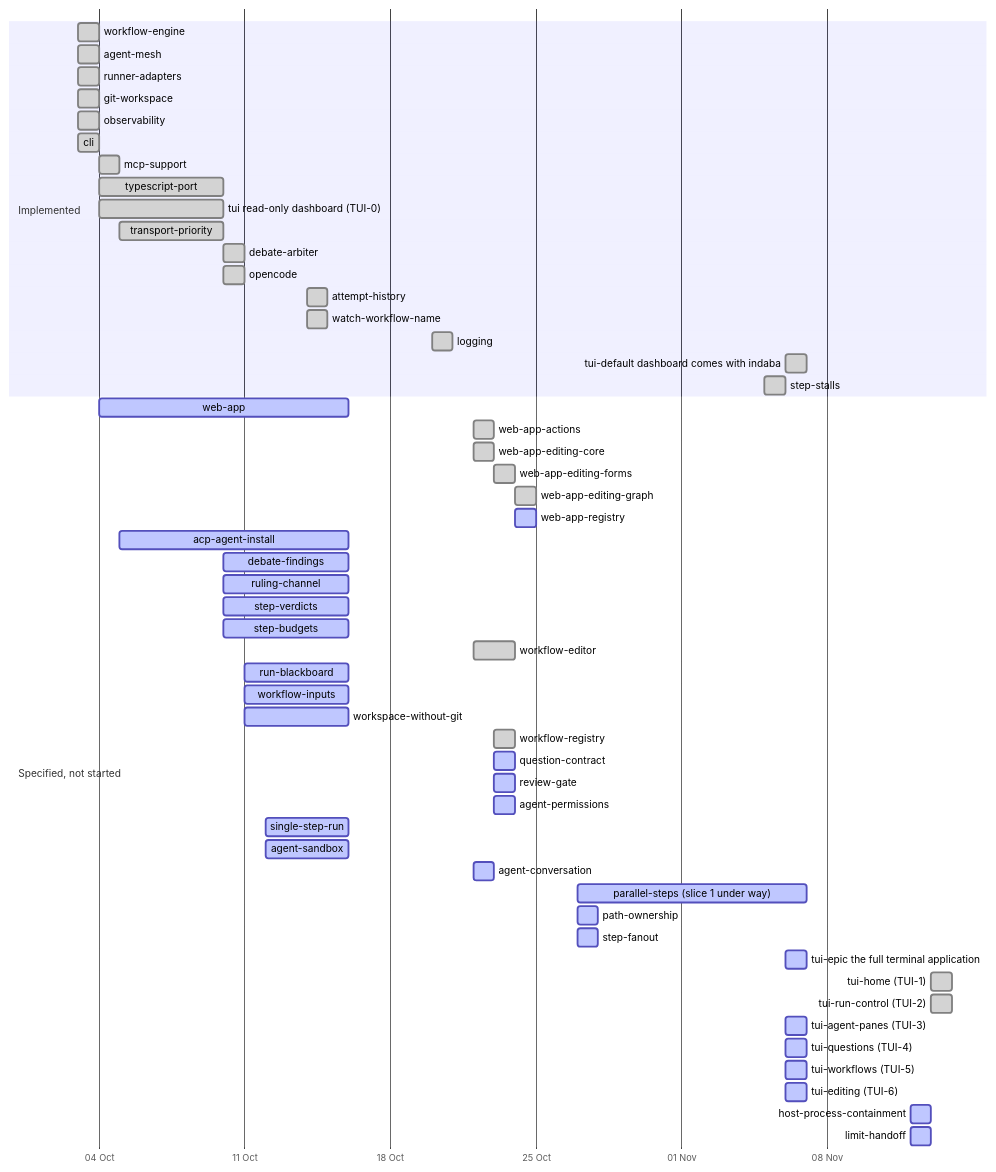
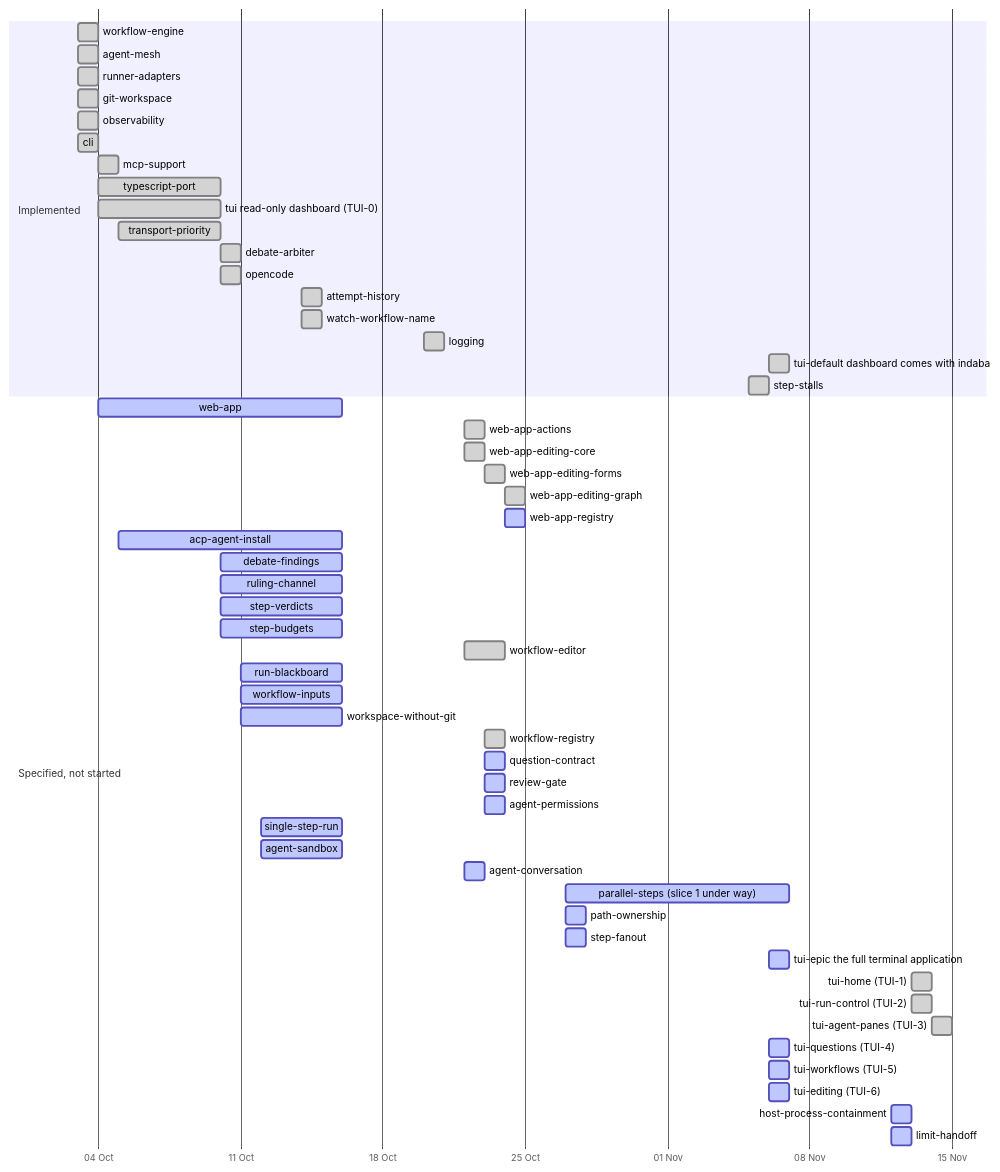
Before and after one commit to yaotzin1/indaba: the second of 3 diagrams in specs/DEPENDENCY_MAP.md, drawn with Mermaid. The commit also changed other lines of this file and 20 other files, not shown here.

First line of the commit message:
feat(tui): reasoning view, a pane per running step, and enlarge (tui-agent-panes, slice 3a, TUI-3) (#143)

````diff
--- a/specs/DEPENDENCY_MAP.md
+++ b/specs/DEPENDENCY_MAP.md
@@ -71,58 +71,58 @@
 ```mermaid
 gantt
     dateFormat YYYY-MM-DD
     axisFormat %d %b
     section Implemented
     workflow-engine        :done, 2026-10-03, 2026-10-04
     agent-mesh             :done, 2026-10-03, 2026-10-04
     runner-adapters        :done, 2026-10-03, 2026-10-04
     git-workspace          :done, 2026-10-03, 2026-10-04
     observability          :done, 2026-10-03, 2026-10-04
     cli                    :done, 2026-10-03, 2026-10-04
     mcp-support            :done, 2026-10-04, 1d
     typescript-port        :done, 2026-10-04, 2026-10-10
     tui read-only dashboard (TUI-0) :done, 2026-10-04, 2026-10-10
     transport-priority     :done, 2026-10-05, 2026-10-10
     debate-arbiter         :done, 2026-10-10, 1d
     opencode               :done, 2026-10-10, 1d
     attempt-history        :done, 2026-10-14, 1d
     watch-workflow-name    :done, 2026-10-14, 1d
     logging                :done, 2026-10-20, 2026-10-21
     tui-default dashboard comes with indaba :done, 2026-11-06, 1d
     step-stalls            :done, 2026-11-05, 2026-11-06
     section Specified, not started
     web-app                :active, 2026-10-04, 2026-10-16
     web-app-actions        :done, 2026-10-22, 1d
     web-app-editing-core   :done, 2026-10-22, 1d
     web-app-editing-forms  :done, 2026-10-23, 1d
     web-app-editing-graph  :done, 2026-10-24, 1d
     web-app-registry       :active, 2026-10-24, 1d
     acp-agent-install      :active, 2026-10-05, 2026-10-16
     debate-findings        :active, 2026-10-10, 2026-10-16
     ruling-channel         :active, 2026-10-10, 2026-10-16
     step-verdicts          :active, 2026-10-10, 2026-10-16
     step-budgets           :active, 2026-10-10, 2026-10-16
     workflow-editor        :done, 2026-10-22, 2d
     run-blackboard         :active, 2026-10-11, 2026-10-16
     workflow-inputs        :active, 2026-10-11, 2026-10-16
     workspace-without-git  :active, 2026-10-11, 2026-10-16
     workflow-registry      :done, 2026-10-23, 1d
     question-contract      :active, 2026-10-23, 2026-10-24
     review-gate            :active, 2026-10-23, 2026-10-24
     agent-permissions      :active, 2026-10-23, 2026-10-24
     single-step-run        :active, 2026-10-12, 2026-10-16
     agent-sandbox          :active, 2026-10-12, 2026-10-16
     agent-conversation     :active, 2026-10-22, 2026-10-23
     parallel-steps (slice 1 under way) :active, 2026-10-27, 2026-11-07
     path-ownership         :active, 2026-10-27, 1d
     step-fanout            :active, 2026-10-27, 1d
     tui-epic the full terminal application :active, 2026-11-06, 1d
     tui-home (TUI-1)       :done, 2026-11-13, 1d
     tui-run-control (TUI-2) :done, 2026-11-13, 1d
-    tui-agent-panes (TUI-3) :active, 2026-11-06, 1d
+    tui-agent-panes (TUI-3) :done, 2026-11-14, 1d
     tui-questions (TUI-4)  :active, 2026-11-06, 1d
     tui-workflows (TUI-5)  :active, 2026-11-06, 1d
     tui-editing (TUI-6)    :active, 2026-11-06, 1d
     host-process-containment :active, 2026-11-12, 1d
     limit-handoff            :active, 2026-11-12, 1d
 ```
````
